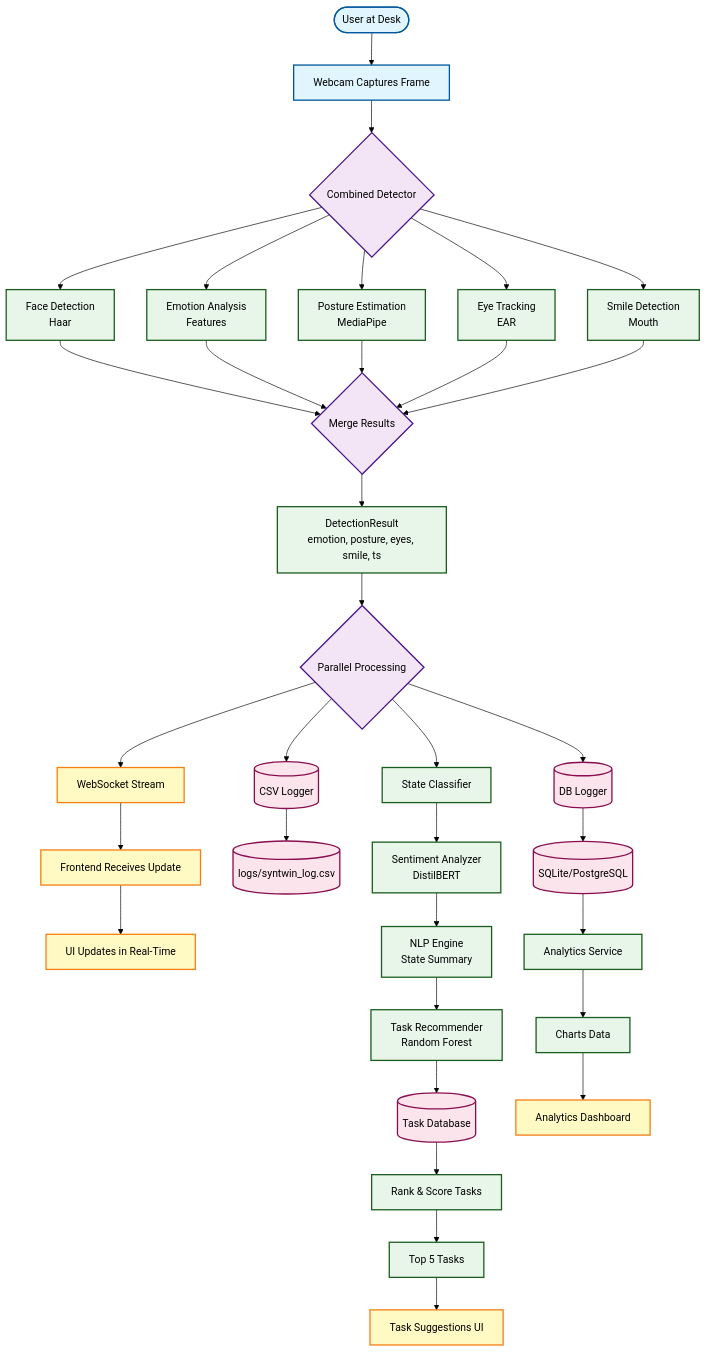
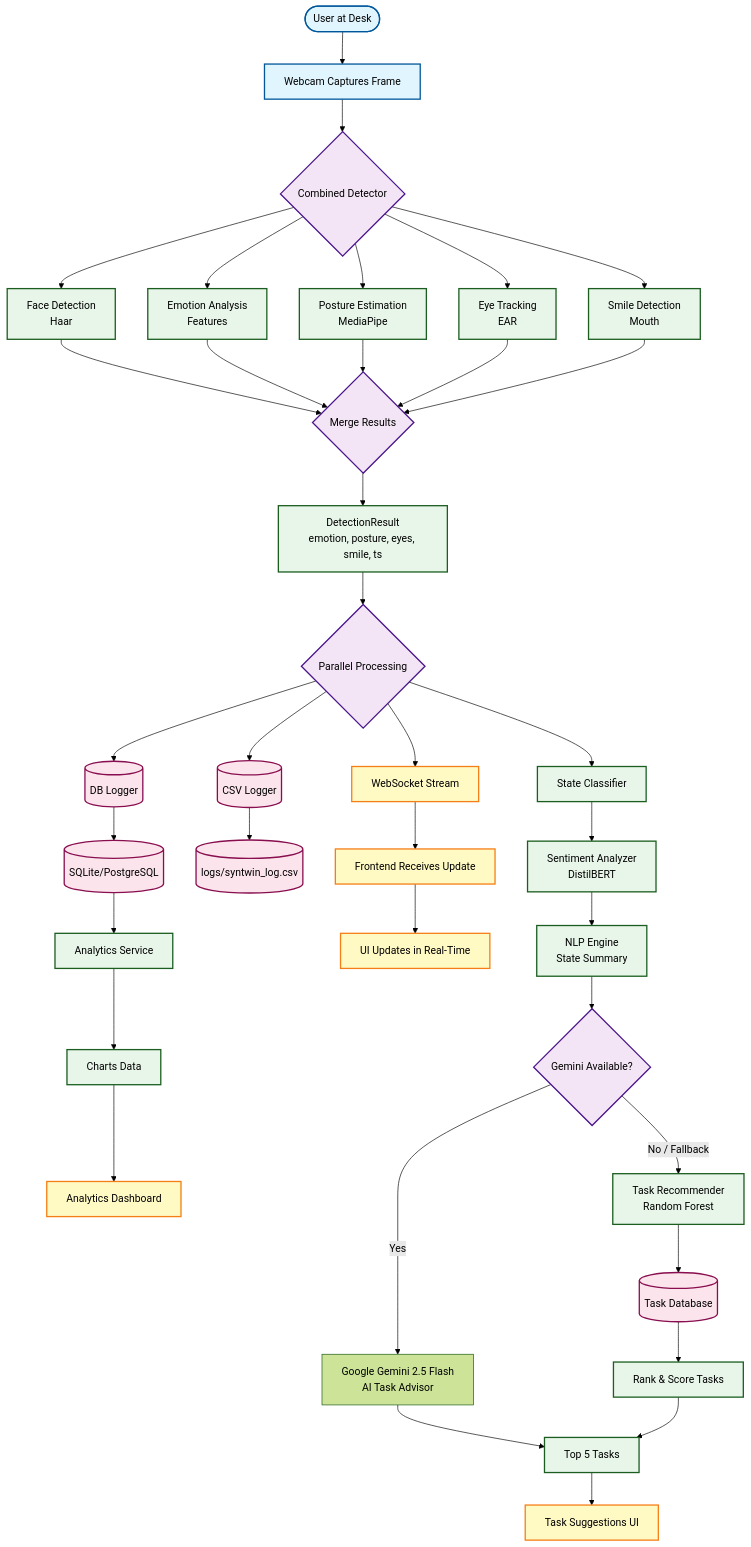
The fourth of 10 diagrams in SYSTEM_DIAGRAMS.md (Sam124-Scorpion/SynTwin), drawn with Mermaid (forest theme) before and after one commit. The commit also changed other lines of this file and 2 other files, not shown here.

````diff
--- a/SYSTEM_DIAGRAMS.md
+++ b/SYSTEM_DIAGRAMS.md
@@ -170,56 +191,60 @@
 ```mermaid
 flowchart TD
     Start([User at Desk]) --> Webcam[Webcam Captures Frame]
     Webcam --> CombinedDet{Combined Detector}
 
     CombinedDet --> FaceDetect[Face Detection<br/>Haar]
     CombinedDet --> EmotionAnalysis[Emotion Analysis<br/>Features]
     CombinedDet --> PostureEst[Posture Estimation<br/>MediaPipe]
     CombinedDet --> EyeTrack[Eye Tracking<br/>EAR]
     CombinedDet --> SmileDetect[Smile Detection<br/>Mouth]
 
     FaceDetect --> Merge{Merge Results}
     EmotionAnalysis --> Merge
     PostureEst --> Merge
     EyeTrack --> Merge
     SmileDetect --> Merge
 
     Merge --> DetectionResult[DetectionResult<br/>emotion, posture, eyes, smile, ts]
     DetectionResult --> Parallel{Parallel Processing}
 
     Parallel --> DBLogger[(DB Logger)]
     Parallel --> CSVLogger[(CSV Logger)]
     Parallel --> WSStream[WebSocket Stream]
     Parallel --> StateClass[State Classifier]
 
     DBLogger --> Storage1[(SQLite/PostgreSQL)]
     CSVLogger --> Storage2[(logs/syntwin_log.csv)]
 
     WSStream --> Frontend1[Frontend Receives Update]
     Frontend1 --> UIUpdate1[UI Updates in Real-Time]
 
     StateClass --> SentimentAnalyzer[Sentiment Analyzer<br/>DistilBERT]
     SentimentAnalyzer --> NLPEngine[NLP Engine<br/>State Summary]
-    NLPEngine --> TaskRec[Task Recommender<br/>Random Forest]
+    NLPEngine --> GeminiRouter{Gemini Available?}
+    GeminiRouter -->|Yes| GeminiAI[Google Gemini 2.5 Flash<br/>AI Task Advisor]
+    GeminiRouter -->|No / Fallback| TaskRec[Task Recommender<br/>Random Forest]
+    GeminiAI --> TopTasks[Top 5 Tasks]
     TaskRec --> TaskDB[(Task Database)]
     TaskDB --> RankTasks[Rank & Score Tasks]
-    RankTasks --> TopTasks[Top 5 Tasks]
+    RankTasks --> TopTasks
     TopTasks --> Frontend2[Task Suggestions UI]
 
     Storage1 --> Analytics[Analytics Service]
     Analytics --> Charts[Charts Data]
     Charts --> Frontend3[Analytics Dashboard]
 
     %% Styling
     classDef input fill:#e1f5ff,stroke:#01579b,stroke-width:2px
     classDef process fill:#e8f5e9,stroke:#1b5e20,stroke-width:2px
     classDef storage fill:#fce4ec,stroke:#880e4f,stroke-width:2px
     classDef output fill:#fff9c4,stroke:#f57f17,stroke-width:2px
     classDef decision fill:#f3e5f5,stroke:#4a148c,stroke-width:2px
 
     class Start,Webcam input
     class CombinedDet,Merge,Parallel decision
     class FaceDetect,EmotionAnalysis,PostureEst,EyeTrack,SmileDetect,DetectionResult,StateClass,SentimentAnalyzer,NLPEngine,TaskRec,RankTasks,TopTasks,Analytics,Charts process
     class DBLogger,CSVLogger,Storage1,Storage2,TaskDB storage
     class WSStream,Frontend1,UIUpdate1,Frontend2,Frontend3 output
+    class GeminiRouter decision
 ```
````
